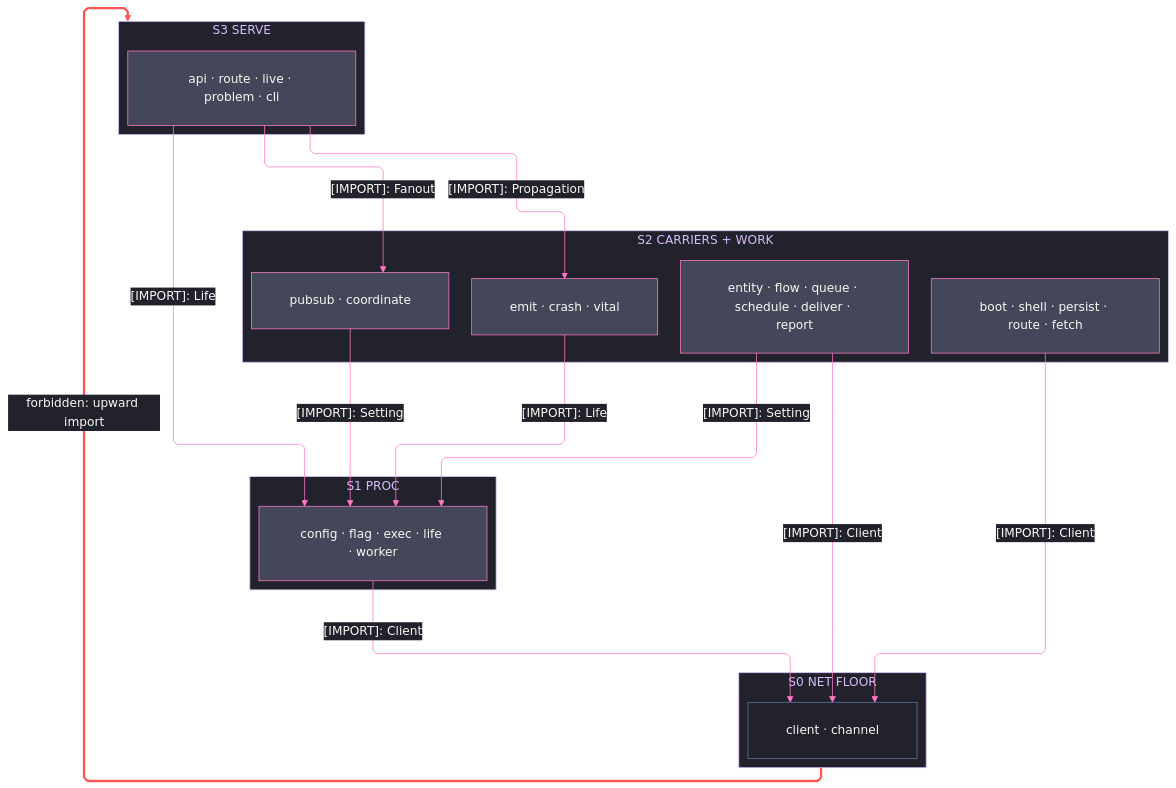
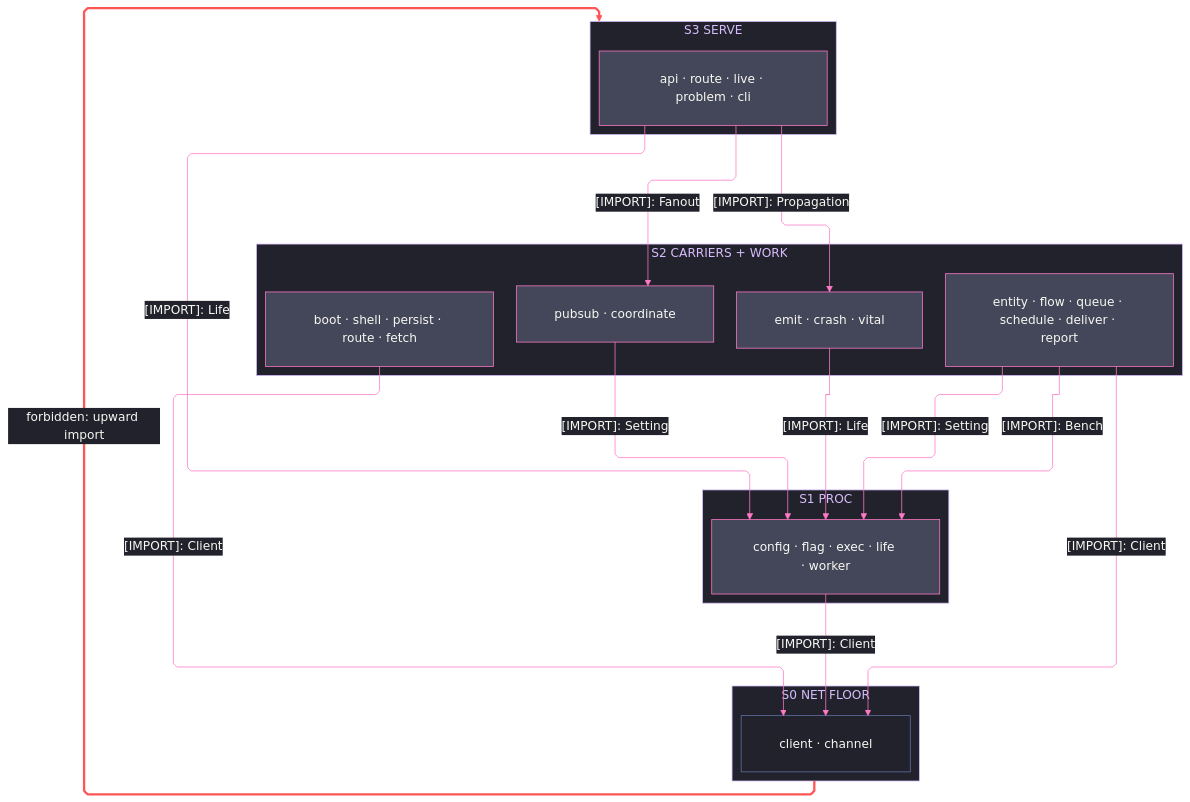
Before and after one commit to bsamiee/Rasm: the first of 3 diagrams in libs/typescript/runtime/ARCHITECTURE.md, drawn with Mermaid. The commit also changed 9 other files, not shown here.

Commit message:
architecture: CR finding fixes

````diff
--- a/libs/typescript/runtime/ARCHITECTURE.md
+++ b/libs/typescript/runtime/ARCHITECTURE.md
@@ -59,65 +59,66 @@
 ```mermaid
 ---
 config:
   theme: base
   look: classic
   layout: elk
   flowchart:
     curve: linear
     padding: 25
   themeVariables:
     darkMode: true
     fontFamily: "SF Mono, Menlo, Cascadia Mono, Segoe UI Mono, Consolas, monospace"
     useGradient: false
     dropShadow: "none"
     background: "#282A36"
     primaryColor: "#44475A"
     primaryTextColor: "#F8F8F2"
     primaryBorderColor: "#BD93F9"
     lineColor: "#FF79C6"
     textColor: "#F8F8F2"
     clusterBkg: "#21222C"
     clusterBorder: "#D6BCFA"
     edgeLabelBackground: "#21222C"
     labelBackgroundColor: "#21222C"
     titleColor: "#D6BCFA"
   themeCSS: ".nodeLabel{font-size:13px;font-weight:500}.edgeLabel{font-size:12px;font-weight:500}.cluster-label .nodeLabel{font-size:13.5px;font-weight:700;letter-spacing:.08em}.edge-thickness-normal{stroke-width:2px}.edge-thickness-thick{stroke-width:3px}.edge-pattern-dashed,.edge-pattern-dotted{stroke-width:1.5px;stroke-dasharray:4 6}.node rect,.node circle,.node polygon,.node path,.node .outer-path{stroke-width:1.5px;filter:none!important}.cluster rect{stroke-width:1px!important;stroke-dasharray:5 4!important;filter:none!important}.marker path{transform:scale(.8);transform-origin:5px 5px}.marker circle{transform:scale(.48);transform-origin:5px 5px}.edgeLabel rect{transform-box:fill-box;transform-origin:center;transform:scale(1.1,1.2)}"
 ---
 flowchart TB
     accTitle: Runtime interior import strata
-    accDescr: Four interior waves — serve over the pubsub, otel, browser, and work carriers over the proc substrate onto the net egress floor — every import downward, labeled edges naming one sourced type each, and one forbidden upward edge styled red.
+    accDescr: Four interior waves — serve over the pubsub and otel carriers, with browser and work seated at the same carrier rank parallel to the server plane, over the proc substrate onto the net egress floor — every import downward, labeled edges naming one sourced type each, and one forbidden upward edge styled red.
     subgraph S3["S3 SERVE"]
         Serve["api · route · live · problem · cli"]
     end
     subgraph S2["S2 CARRIERS + WORK"]
         Fanout["pubsub · coordinate"]
         Otel["emit · crash · vital"]
         Browser["boot · shell · persist · route · fetch"]
         Work["entity · flow · queue · schedule · deliver · report"]
     end
     subgraph S1["S1 PROC"]
         Proc["config · flag · exec · life · worker"]
     end
     subgraph S0["S0 NET FLOOR"]
         NetFloor["client · channel"]
     end
     Proc e1@-->|"[IMPORT]: Client"| NetFloor
     Fanout e2@-->|"[IMPORT]: Setting"| Proc
     Otel e3@-->|"[IMPORT]: Life"| Proc
     Browser e4@-->|"[IMPORT]: Client"| NetFloor
     Work e5@-->|"[IMPORT]: Setting"| Proc
     Work e6@-->|"[IMPORT]: Client"| NetFloor
+    Work e10@-->|"[IMPORT]: Bench"| Proc
     Serve e7@-->|"[IMPORT]: Fanout"| Fanout
     Serve e8@-->|"[IMPORT]: Propagation"| Otel
     Serve e9@-->|"[IMPORT]: Life"| Proc
     Serve ~~~ Fanout
     S0 f1@-->|"forbidden: upward import"| S3
     classDef primary fill:#44475A,stroke:#FF79C6,color:#F8F8F2
     classDef recessed fill:#21222C,stroke:#6272A4,color:#F8F8F2
     classDef edgeControl stroke:#FF79C6,color:#F8F8F2
     classDef edgeError stroke:#FF5555,stroke-width:3px,color:#F8F8F2
     class Serve,Work,Fanout,Otel,Browser,Proc primary
     class NetFloor recessed
-    class e1,e2,e3,e4,e5,e6,e7,e8,e9 edgeControl
+    class e1,e2,e3,e4,e5,e6,e7,e8,e9,e10 edgeControl
     class f1 edgeError
 ```
````
